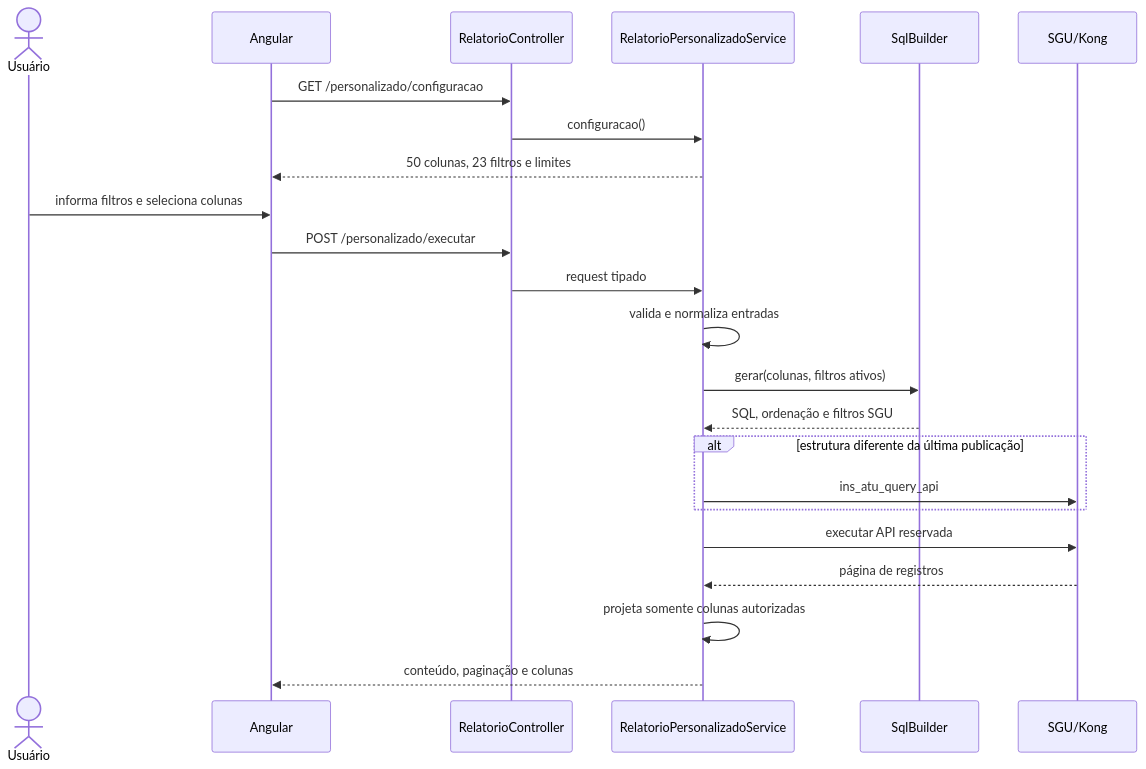
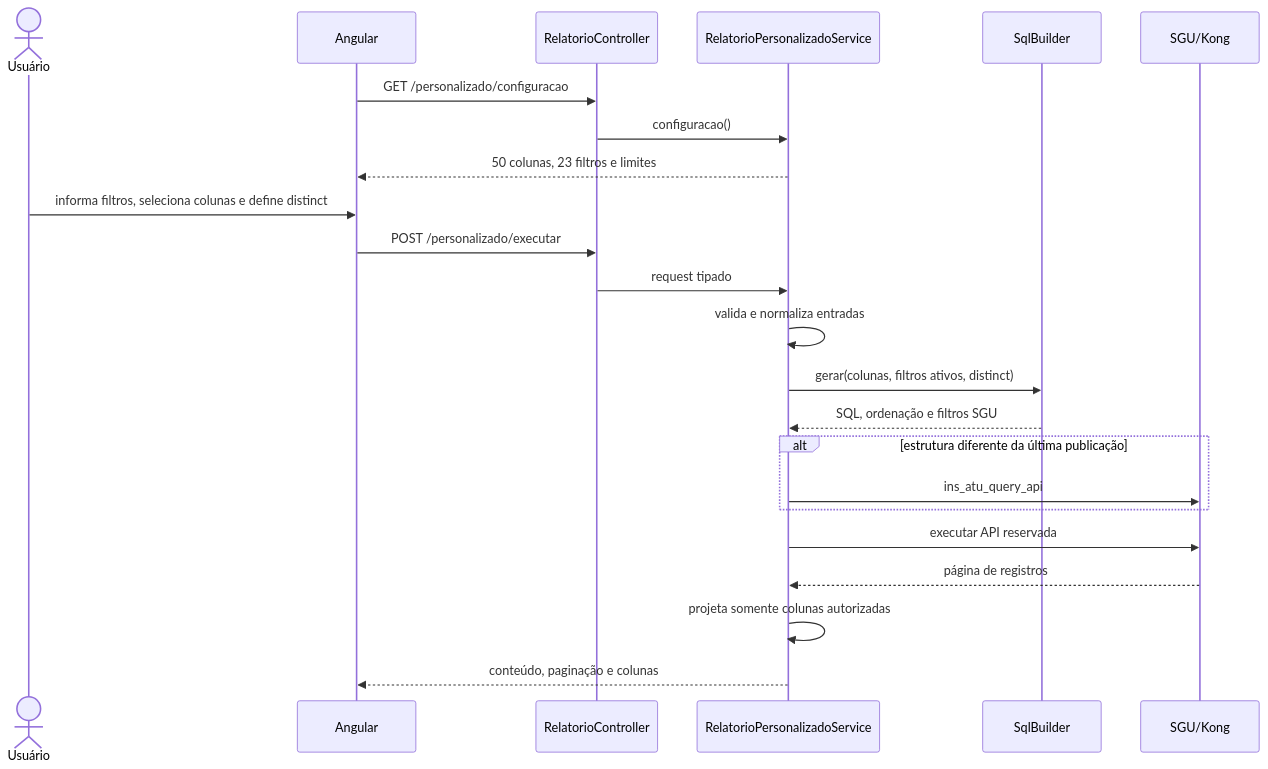
One commit to HeitorLeite/Unimed-Tools changed the second of 3 diagrams in docs/ARQUITETURA.md. Above: the diagram before and after it, drawn with Mermaid. The commit also changed other lines of this file and 20 other files, not shown here.

````diff
--- a/docs/ARQUITETURA.md
+++ b/docs/ARQUITETURA.md
@@ -89,26 +89,26 @@
 ```mermaid
 sequenceDiagram
     actor U as Usuário
     participant F as Angular
     participant C as RelatorioController
     participant R as RelatorioPersonalizadoService
     participant Q as SqlBuilder
     participant S as SGU/Kong
 
     F->>C: GET /personalizado/configuracao
     C->>R: configuracao()
     R-->>F: 50 colunas, 23 filtros e limites
-    U->>F: informa filtros e seleciona colunas
+    U->>F: informa filtros, seleciona colunas e define distinct
     F->>C: POST /personalizado/executar
     C->>R: request tipado
     R->>R: valida e normaliza entradas
-    R->>Q: gerar(colunas, filtros ativos)
+    R->>Q: gerar(colunas, filtros ativos, distinct)
     Q-->>R: SQL, ordenação e filtros SGU
     alt estrutura diferente da última publicação
         R->>S: ins_atu_query_api
     end
     R->>S: executar API reservada
     S-->>R: página de registros
     R->>R: projeta somente colunas autorizadas
     R-->>F: conteúdo, paginação e colunas
 ```
````
